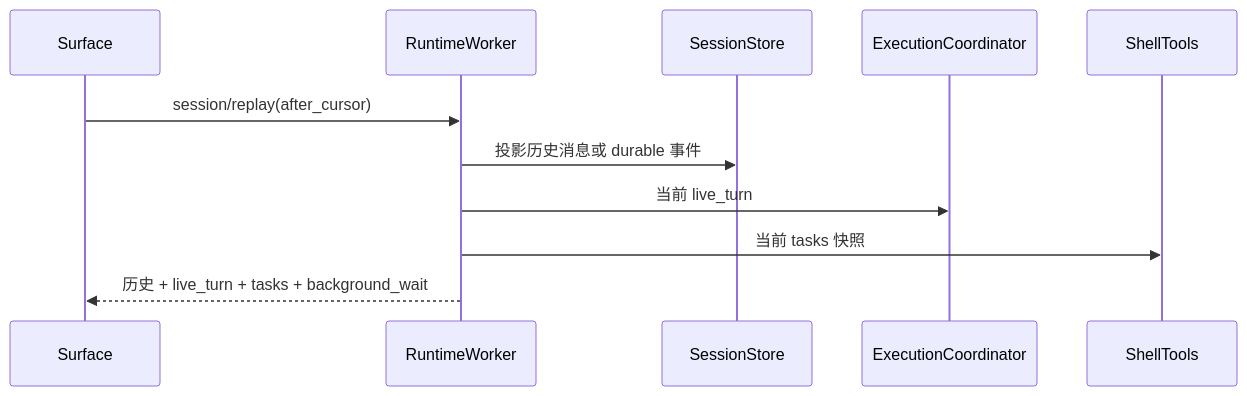
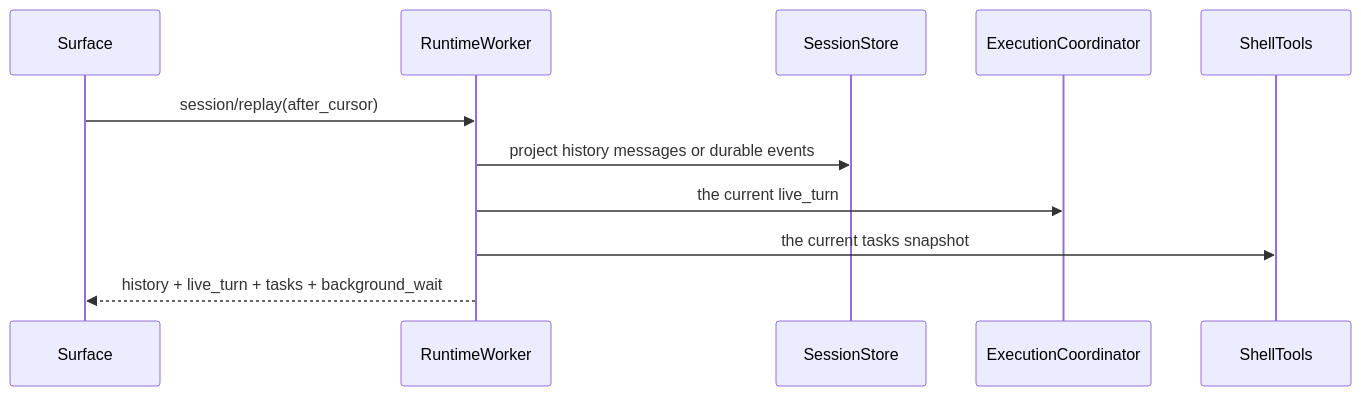
The diagram in docs/internals/01-runtime/replay-and-resubscribe.md (Azzurroooo/rind), drawn with Mermaid before and after one commit. The commit also changed other lines of this file and 109 other files, not shown here.

```diff
--- a/docs/internals/01-runtime/replay-and-resubscribe.md
+++ b/docs/internals/01-runtime/replay-and-resubscribe.md
@@ -5,13 +7,13 @@
 ~~~mermaid
 sequenceDiagram
     participant S as Surface
     participant W as RuntimeWorker
     participant D as SessionStore
     participant E as ExecutionCoordinator
     participant T as ShellTools
     S->>W: session/replay(after_cursor)
-    W->>D: 投影历史消息或 durable 事件
-    W->>E: 当前 live_turn
-    W->>T: 当前 tasks 快照
-    W-->>S: 历史 + live_turn + tasks + background_wait
+    W->>D: project history messages or durable events
+    W->>E: the current live_turn
+    W->>T: the current tasks snapshot
+    W-->>S: history + live_turn + tasks + background_wait
 ~~~
```
